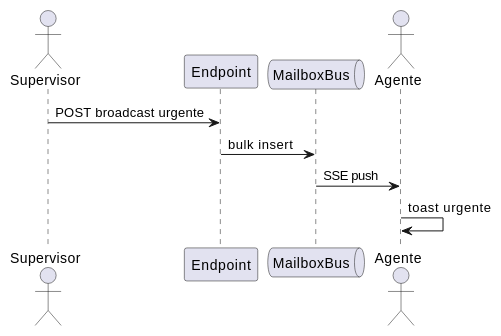
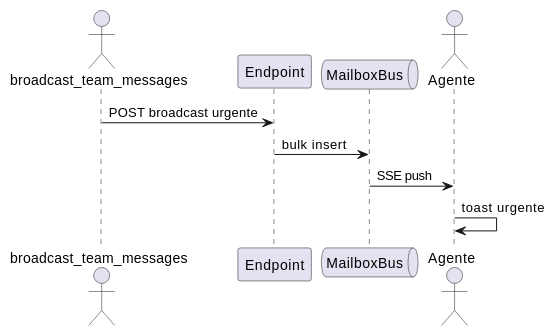
One commit to jcg-admin/IACT-docs changed the fourth of 4 diagrams in source/requisitos/casos-uso/supervision/uc-sup-03/diagramas-uml.rst. Above: the diagram before and after it, drawn with PlantUML. The commit also changed other lines of this file and 77 other files, not shown here.

First line of the commit message:
Enforce RBAC function names as actors in all UML diagrams

```diff
--- a/source/requisitos/casos-uso/supervision/uc-sup-03/diagramas-uml.rst
+++ b/source/requisitos/casos-uso/supervision/uc-sup-03/diagramas-uml.rst
@@ -59,12 +59,12 @@
 .. uml::
 
  @startuml
- actor "Supervisor" as S
+ actor "broadcast_team_messages" as S
  participant "Endpoint" as E
  queue "MailboxBus" as B
  actor "Agente" as A
  S -> E: POST broadcast urgente
  E -> B: bulk insert
  B -> A: SSE push
  A -> A: toast urgente
  @enduml
```
